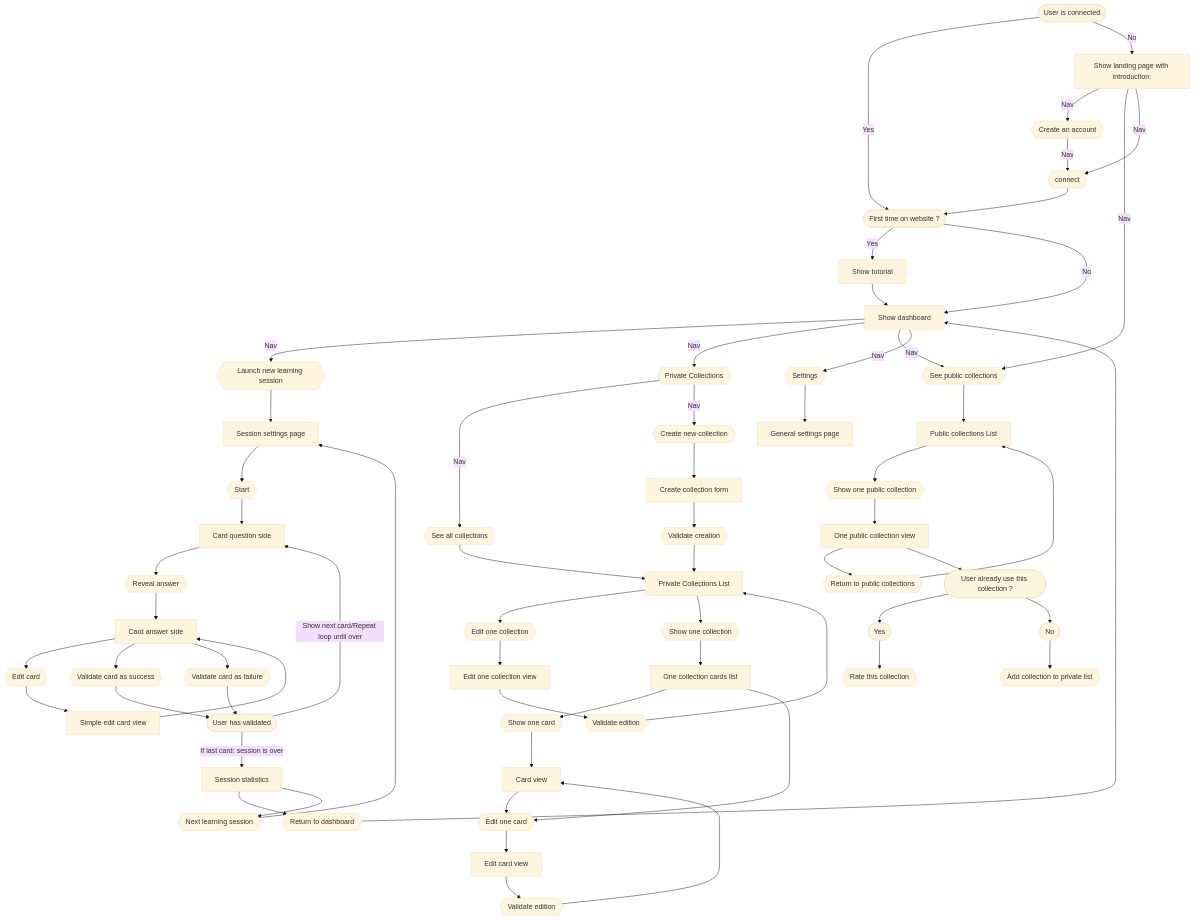
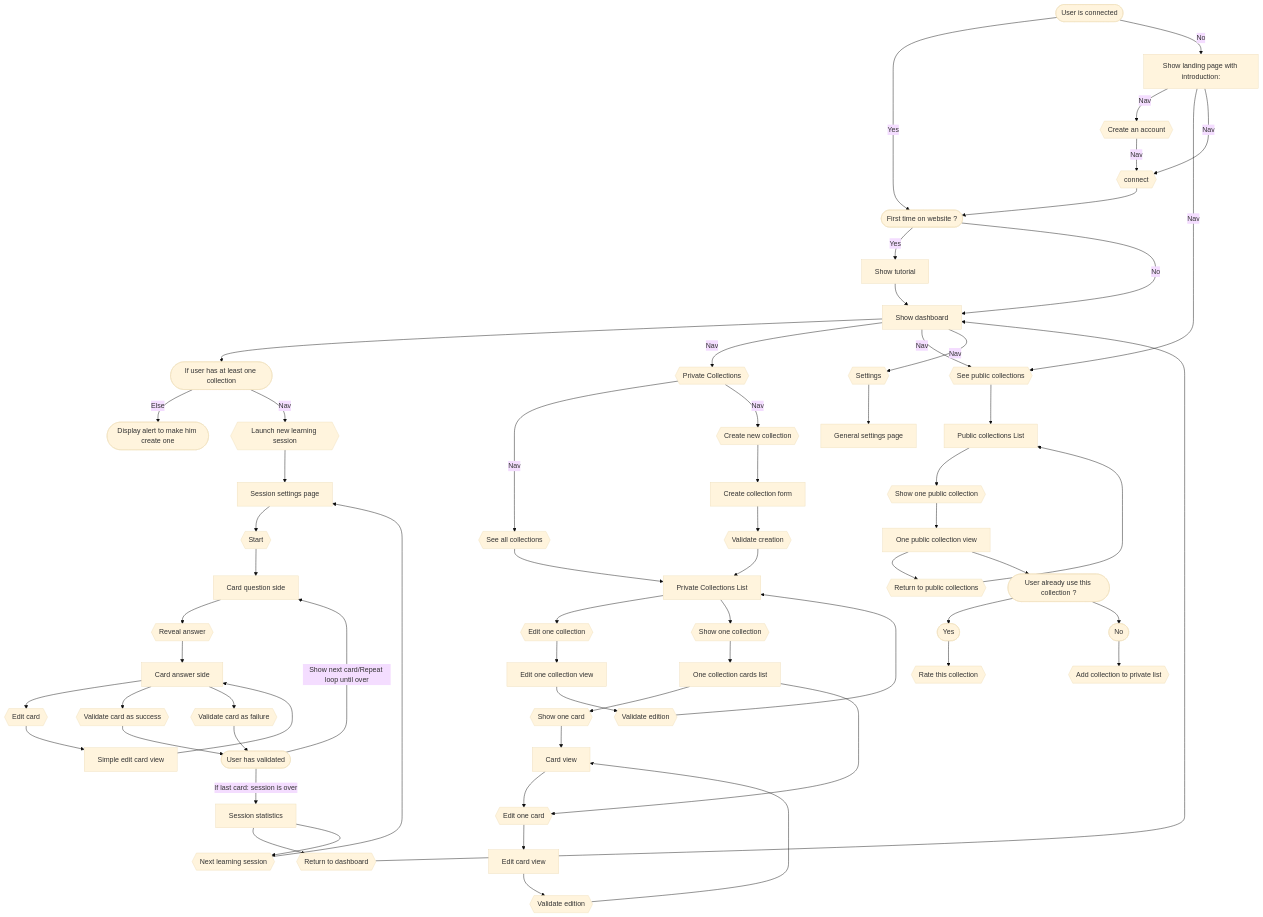
One commit to Xavier-lamy/flash-cards changed the diagram in annexes/project-planning.md. Above: the diagram before and after it, drawn with Mermaid (base theme). The commit also changed other lines of this file and 1 other file, not shown here.

````diff
--- a/annexes/project-planning.md
+++ b/annexes/project-planning.md
@@ -402,67 +405,69 @@
 ```mermaid
 flowchart TD
     START([User is connected]) -- Yes --> B([First time on website ?])
     START -- No --> LAND[Show landing page with introduction:]
     LAND -- Nav --> D{{Create an account}}
     LAND -- Nav --> E{{See public collections}}
     LAND -- Nav --> F{{connect}}
     B -- Yes --> G[Show tutorial]
     B -- No --> DASH[Show dashboard]
-    DASH -- Nav --> I{{Launch new learning session}}
+    DASH --> DASHCOLORNOT([If user has at least one collection])
+    DASHCOLORNOT -- Else --> DASHALERT([Display alert to make him create one])
+    DASHCOLORNOT -- Nav --> I{{Launch new learning session}}
     DASH -- Nav --> J{{Private Collections}}
     J -- Nav --> N{{See all collections}}
     N --> NA[Private Collections List]
     NA --> NI{{Edit one collection}}
     NI --> NJ[Edit one collection view]
     NJ --> NK{{Validate edition}}
     NK --> NA
     NA --> NB{{Show one collection}}
     NB --> NC[One collection cards list]
     NC --> ND{{Show one card}}
     NC --> NE{{Edit one card}}
     ND --> NF[Card view]
     NF --> NE
     NE --> NG[Edit card view]
     NG --> NH{{Validate edition}}
     NH --> NF
     J -- Nav --> K{{Create new collection}}
     K --> KA[Create collection form]
     KA --> KB{{Validate creation}}
     KB --> NA
     DASH -- Nav --> E
     DASH -- Nav --> M{{Settings}}
     M --> SETT[General settings page]
     G --> DASH
     D -- Nav --> F
     F --> B
     E --> L[Public collections List]
     L --> LA{{Show one public collection}}
     LA --> LB[One public collection view]
     LB --> LBA{{Return to public collections}}
     LBA --> L
     LB --> LC([User already use this collection ?])
     LC --> LCYES([Yes])
     LC --> LCNO([No])
     LCYES --> LD{{Rate this collection}}
     LCNO --> LE{{Add collection to private list}}
     I --> O[Session settings page]
     O --> P{{Start}}
     P --> PA[Card question side]
     PA --> PB{{Reveal answer}}
     PB --> PC[Card answer side]
     PC --> PD{{Edit card}}
     PD --> PG[Simple edit card view]
     PG --> PC
     PC --> PE{{Validate card as success}}
     PE --> PH([User has validated])
     PC --> PF{{Validate card as failure}}
     PF --> PH
     PH -- Show next card/Repeat loop until over --> PA
     PH -- If last card: session is over --> PI[Session statistics]
     PI --> PJ{{Return to dashboard}}
     PI --> PK{{Next learning session}}
     PK --> O
     PJ --> DASH
 
 
 ```
````
